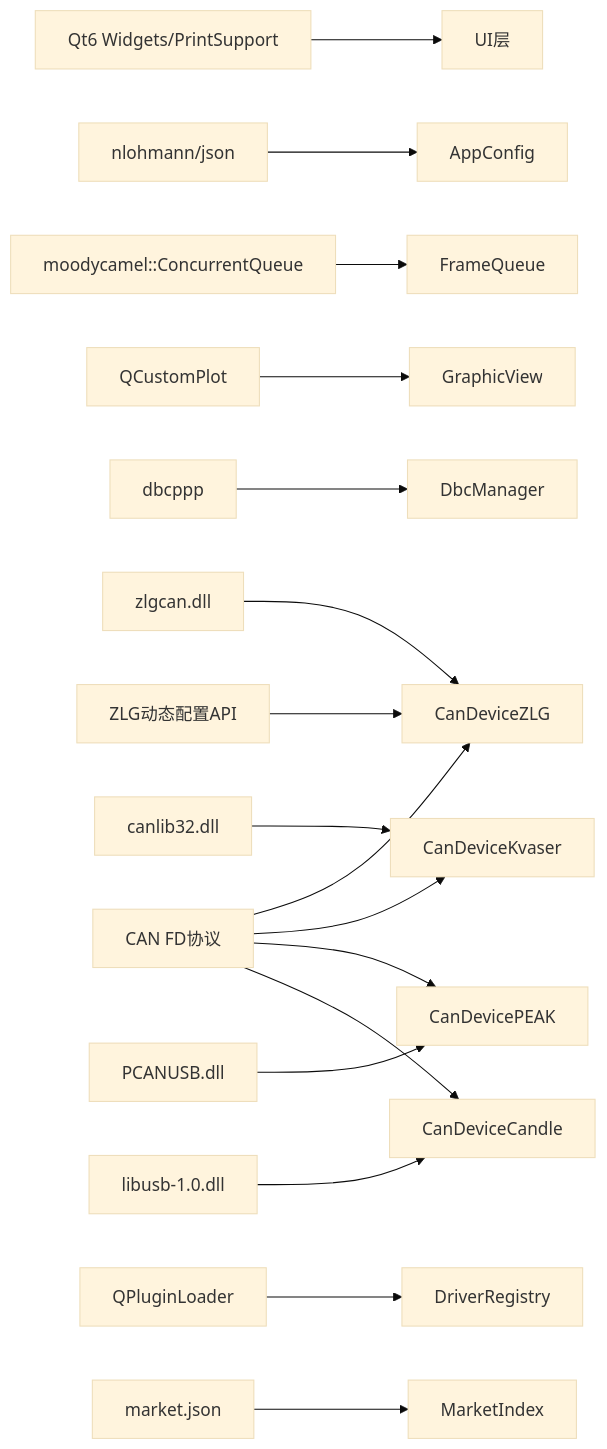
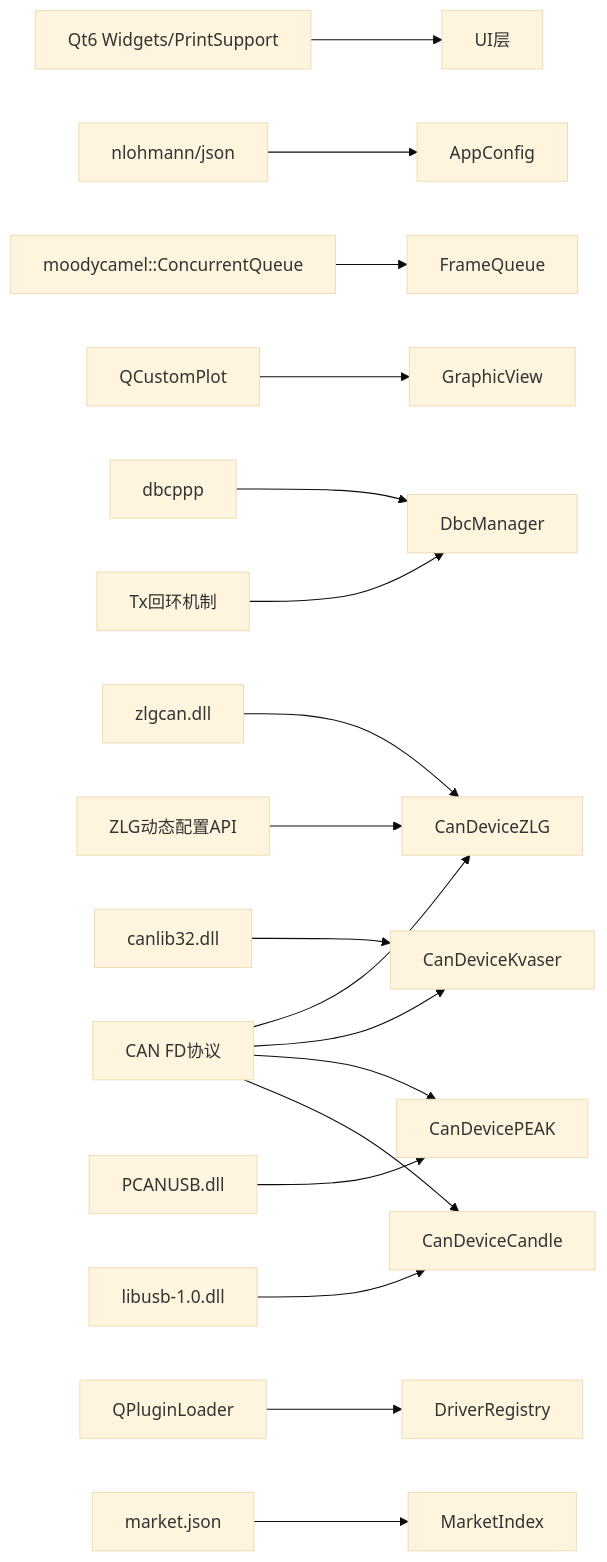
Before and after one commit to jakecai1225-design/OpenBus: the ninth of 9 diagrams in .qoder/repowiki/zh/content/核心模块详解/CAN设备管理系统.md, drawn with Mermaid (base theme). The commit also changed other lines of this file and 24 other files, not shown here.

Commit message:
trace graphic问题修改

````diff
--- a/.qoder/repowiki/zh/content/核心模块详解/CAN设备管理系统.md
+++ b/.qoder/repowiki/zh/content/核心模块详解/CAN设备管理系统.md
@@ -616,19 +655,20 @@
 ```mermaid
 graph LR
 Qt["Qt6 Widgets/PrintSupport"] --> UI["UI层"]
 JSON["nlohmann/json"] --> CFG["AppConfig"]
 MQ["moodycamel::ConcurrentQueue"] --> Q["FrameQueue"]
 QCP["QCustomPlot"] --> GV["GraphicView"]
 DBCPP["dbcppp"] --> DM["DbcManager"]
 ZLG["zlgcan.dll"] --> ZLGDRV["CanDeviceZLG"]
 KVASER["canlib32.dll"] --> KVASERDRV["CanDeviceKvaser"]
 PEAK["PCANUSB.dll"] --> PEAKDRV["CanDevicePEAK"]
 LIBUSB["libusb-1.0.dll"] --> CANDLEDRV["CanDeviceCandle"]
 PLUGIN["QPluginLoader"] --> DRIVERREG["DriverRegistry"]
 MARKET["market.json"] --> MARKETIDX["MarketIndex"]
 CFD["CAN FD协议"] --> ZLGDRV
 CFD --> KVASERDRV
 CFD --> PEAKDRV
 CFD --> CANDLEDRV
 ZCFG["ZLG动态配置API"] --> ZLGDRV
+TXLOOP["Tx回环机制"] --> DM
 ```
````
